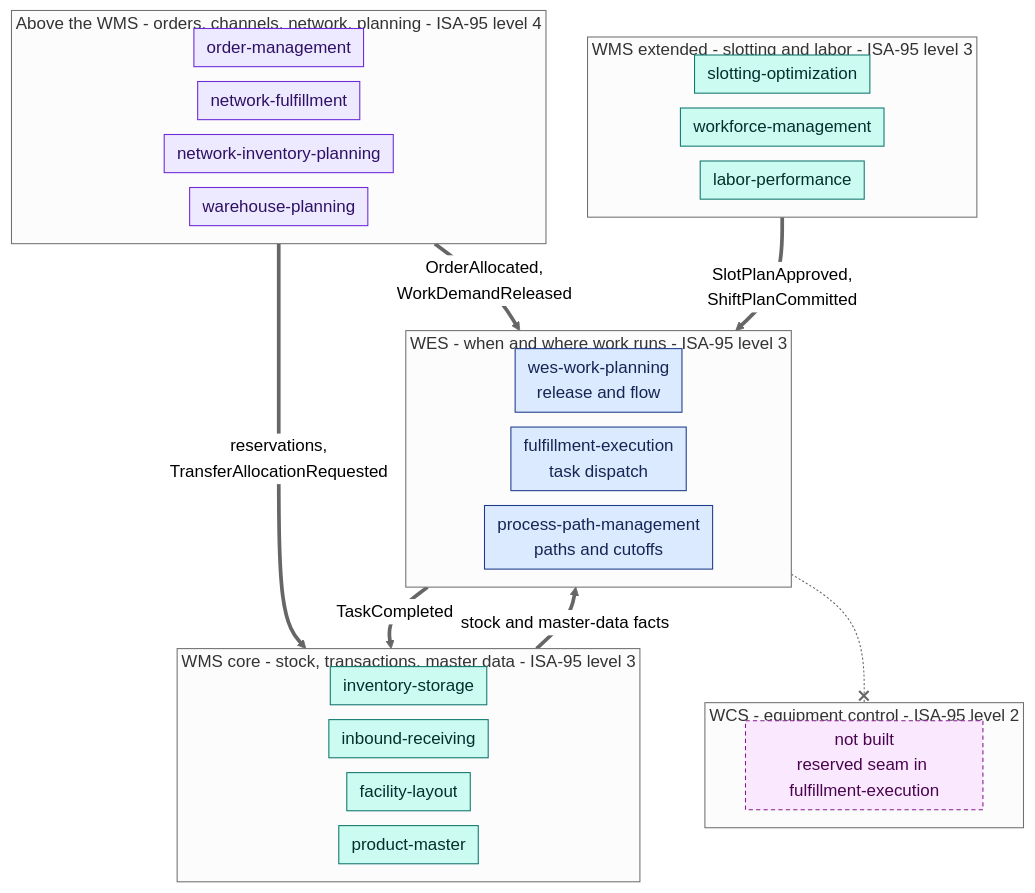
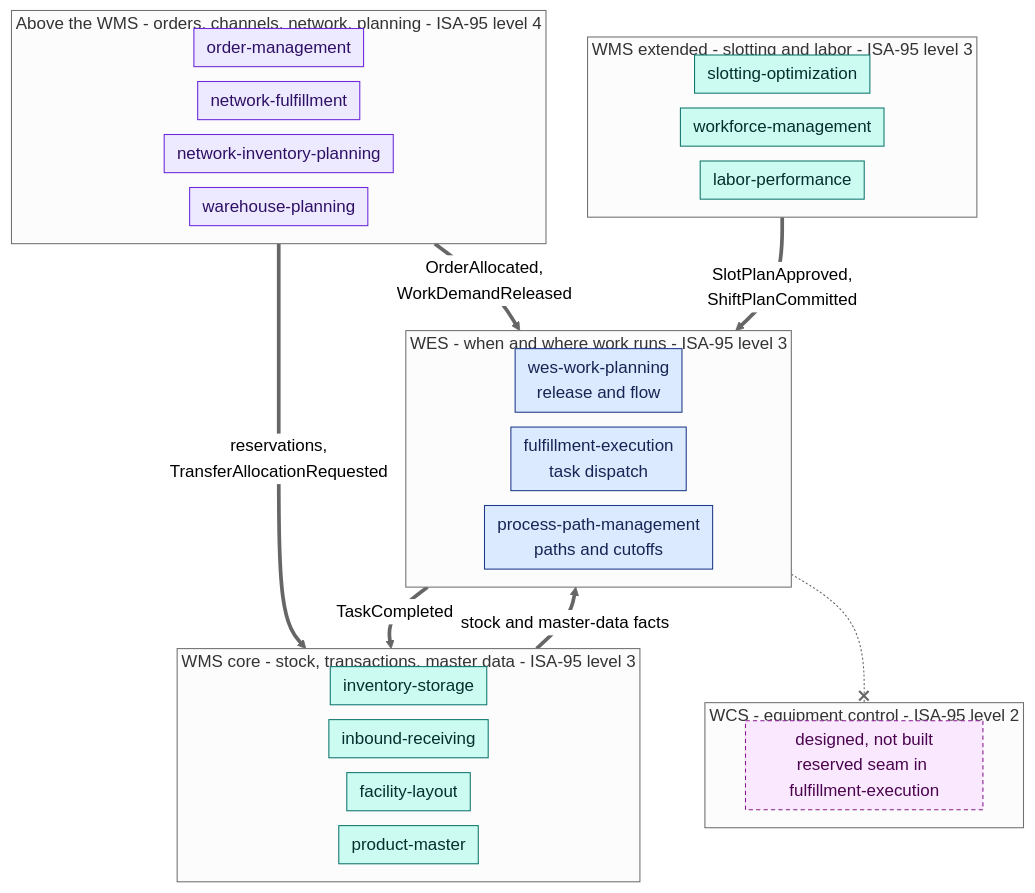
Before and after one commit to IQVO/warehouse-docs: the diagram in docs/wms-wes/index.md, drawn with Mermaid (neutral theme). The commit also changed other lines of this file and 14 other files, not shown here.

````diff
--- a/docs/wms-wes/index.md
+++ b/docs/wms-wes/index.md
@@ -22,48 +22,48 @@
 ```mermaid
 %%{init: {"flowchart": {"nodeSpacing": 14, "rankSpacing": 34, "padding": 6}}}%%
 flowchart TB
     subgraph ABOVE["Above the WMS - orders, channels, network, planning - ISA-95 level 4"]
         direction LR
         OM["order-management"]
         NF["network-fulfillment"]
         NIP["network-inventory-planning"]
         WPL["warehouse-planning"]
     end
     subgraph WES["WES - when and where work runs - ISA-95 level 3"]
         direction LR
         WWP["wes-work-planning<br/>release and flow"]
         FE["fulfillment-execution<br/>task dispatch"]
         PPM["process-path-management<br/>paths and cutoffs"]
     end
     subgraph WMSC["WMS core - stock, transactions, master data - ISA-95 level 3"]
         direction LR
         INV["inventory-storage"]
         INB["inbound-receiving"]
         FL["facility-layout"]
         PM["product-master"]
     end
     subgraph WMSX["WMS extended - slotting and labor - ISA-95 level 3"]
         direction LR
         SO["slotting-optimization"]
         WFM["workforce-management"]
         LP["labor-performance"]
     end
     subgraph WCS["WCS - equipment control - ISA-95 level 2"]
-        NOWCS["not built<br/>reserved seam in fulfillment-execution"]
+        NOWCS["designed, not built<br/>reserved seam in fulfillment-execution"]
     end
     ABOVE ==>|"OrderAllocated,<br/>WorkDemandReleased"| WES
     ABOVE ==>|"reservations,<br/>TransferAllocationRequested"| WMSC
     WMSC ==>|"stock and master-data facts"| WES
     WMSX ==>|"SlotPlanApproved,<br/>ShiftPlanCommitted"| WES
     WES ==>|"TaskCompleted"| WMSC
     WES -.-x WCS
 
     classDef above fill:#ede9fe,stroke:#6d28d9,color:#2e1065
     classDef wes fill:#dbeafe,stroke:#1e3a8a,color:#172554
     classDef wms fill:#ccfbf1,stroke:#0f766e,color:#042f2e
     classDef gap fill:#fae8ff,stroke:#86198f,color:#4a044e,stroke-dasharray: 4 3
     class OM,NF,NIP,WPL above
     class WWP,FE,PPM wes
     class INV,INB,FL,PM,SO,WFM,LP wms
     class NOWCS gap
 ```
````
